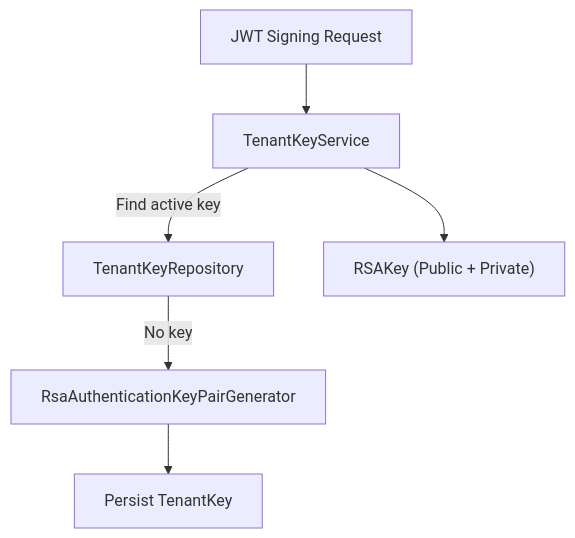
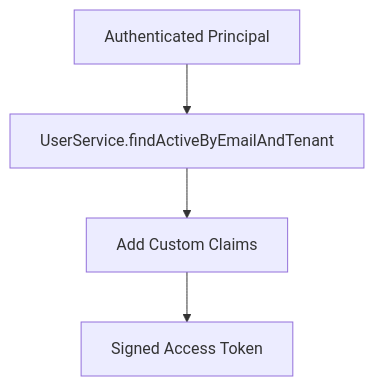
Before and after one commit to flamingo-stack/openframe-oss-lib: the diagram in docs/diagrams/architecture/authorization-service-core-4.mmd, drawn with Mermaid. The commit also changed 212 other files, not shown here.

```diff
--- a/docs/diagrams/architecture/authorization-service-core-4.mmd
+++ b/docs/diagrams/architecture/authorization-service-core-4.mmd
@@ -1,8 +1,4 @@
 flowchart TD
-    JWTRequest["JWT Signing Request"] --> KeyService["TenantKeyService"]
-    KeyService -->|"Find active key"| Repo["TenantKeyRepository"]
-
-    Repo -->|"No key"| Generator["RsaAuthenticationKeyPairGenerator"]
-    Generator --> Store["Persist TenantKey"]
-
-    KeyService --> RSAKey["RSAKey (Public + Private)"]
+    Principal["Authenticated Principal"] --> LoadUser["UserService.findActiveByEmailAndTenant"]
+    LoadUser --> Claims["Add Custom Claims"]
+    Claims --> JWT["Signed Access Token"]
```
